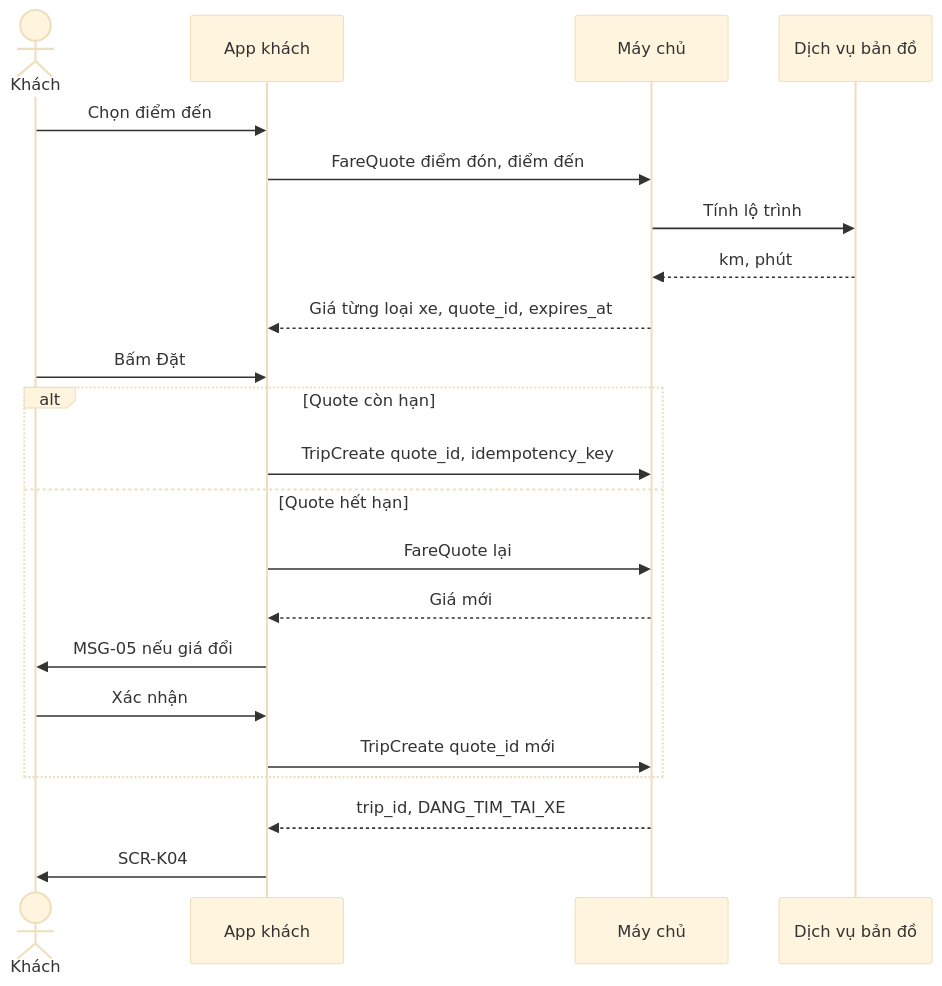
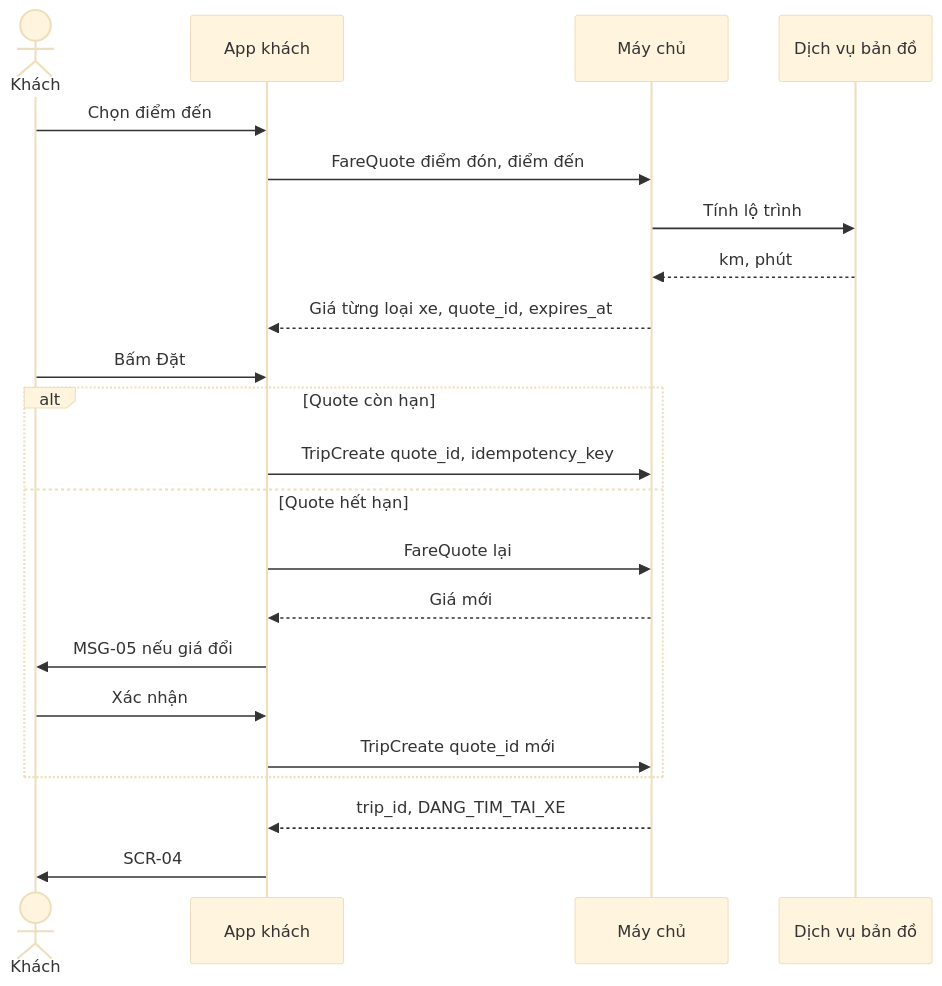
Diagram 17 of 20 in docs/SRS.md (uxfoundation-vn/de05-dat-xe-cho-khach), drawn with Mermaid (base theme) before and after one commit. The commit also changed other lines of this file and 2 other files, not shown here.

````diff
--- a/docs/SRS.md
+++ b/docs/SRS.md
@@ -1118,24 +971,24 @@
 ```mermaid
 sequenceDiagram
   actor K as Khách
   participant App as App khách
   participant API as Máy chủ
   participant Map as Dịch vụ bản đồ
   K->>App: Chọn điểm đến
   App->>API: FareQuote điểm đón, điểm đến
   API->>Map: Tính lộ trình
   Map-->>API: km, phút
   API-->>App: Giá từng loại xe, quote_id, expires_at
   K->>App: Bấm Đặt
   alt Quote còn hạn
     App->>API: TripCreate quote_id, idempotency_key
   else Quote hết hạn
     App->>API: FareQuote lại
     API-->>App: Giá mới
     App->>K: MSG-05 nếu giá đổi
     K->>App: Xác nhận
     App->>API: TripCreate quote_id mới
   end
   API-->>App: trip_id, DANG_TIM_TAI_XE
-  App->>K: SCR-K04
+  App->>K: SCR-04
 ```
````
